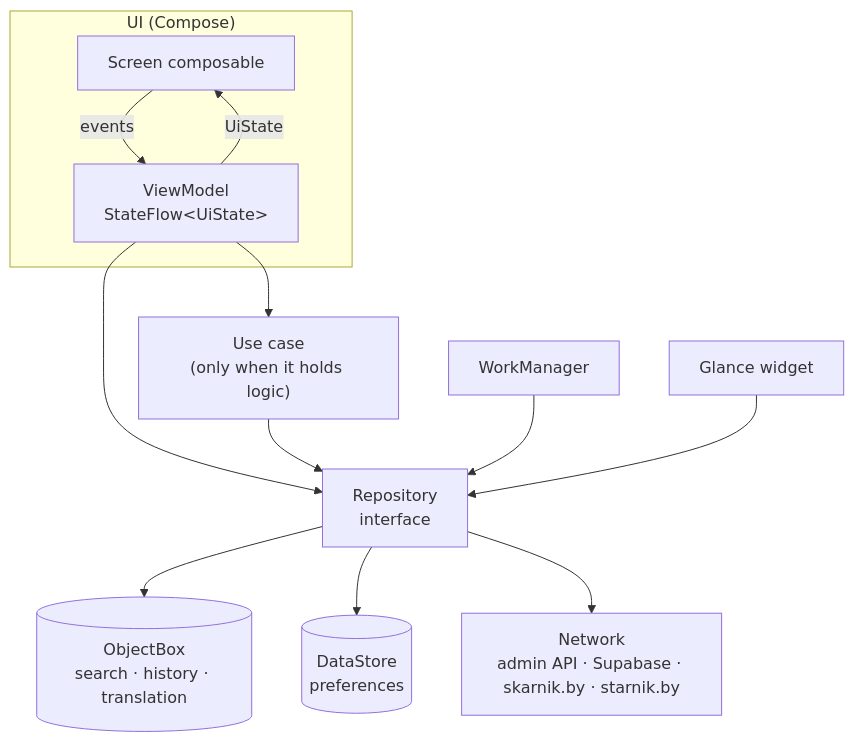
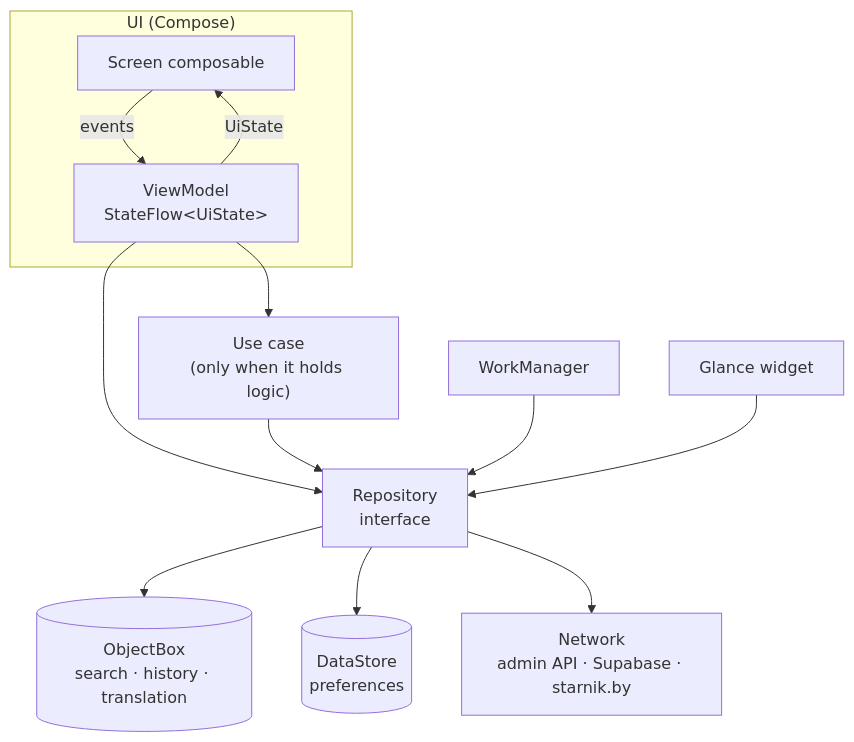
Before and after one commit to alehmazok/skarnik_android: the first of 2 diagrams in docs/architecture.md, drawn with Mermaid. The commit also changed other lines of this file and 2 other files, not shown here.

First line of the commit message:
Docs: drop skarnik.by scrape fallback, use Sentry instead of Crashlytics

````diff
--- a/docs/architecture.md
+++ b/docs/architecture.md
@@ -8,15 +8,15 @@
 ```mermaid
 flowchart TD
     subgraph UI["UI (Compose)"]
         Screen["Screen composable"] -->|events| VM["ViewModel<br/>StateFlow&lt;UiState&gt;"]
         VM -->|UiState| Screen
     end
     VM --> UC["Use case<br/>(only when it holds logic)"]
     VM --> Repo
     UC --> Repo["Repository<br/>interface"]
     Repo --> OB[("ObjectBox<br/>search · history · translation")]
     Repo --> DS[("DataStore<br/>preferences")]
-    Repo --> Net["Network<br/>admin API · Supabase · skarnik.by · starnik.by"]
+    Repo --> Net["Network<br/>admin API · Supabase · starnik.by"]
     WM["WorkManager"] --> Repo
     Widget["Glance widget"] --> Repo
 ```
````
